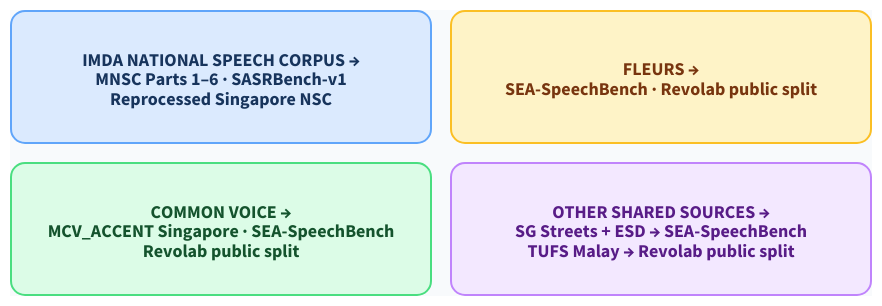
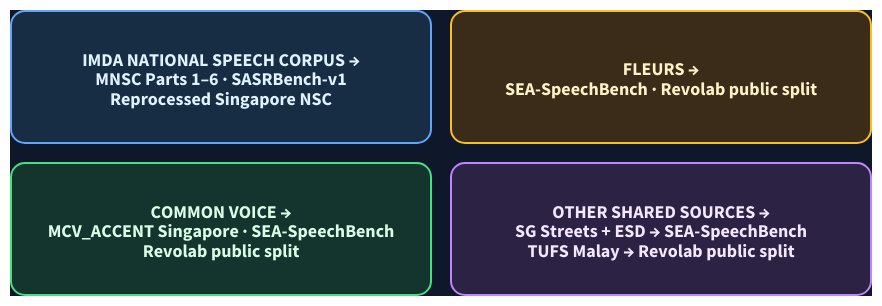
One commit to darren236/singapore-asr-datasets changed the diagram in diagrams/source-reuse.d2. Above: the diagram before and after it, drawn with D2. The commit also changed 3 other files, not shown here.

Commit message:
Improve diagram contrast for GitHub themes

```diff
--- a/diagrams/source-reuse.d2
+++ b/diagrams/source-reuse.d2
@@ -1,23 +1,23 @@
 grid-columns: 2
 grid-gap: 20
-style.fill: "#f8fafc"
+style.fill: "#0f172a"
 
 nsc: "IMDA NATIONAL SPEECH CORPUS  →\nMNSC Parts 1–6 · SASRBench-v1\nReprocessed Singapore NSC"
 nsc.width: 420
 nsc.height: 132
-nsc.style: {fill: "#dbeafe"; stroke: "#60a5fa"; border-radius: 14; font-color: "#17345c"; font-size: 18}
+nsc.style: {fill: "#162d44"; stroke: "#60a5fa"; border-radius: 14; font-color: "#e0f2fe"; font-size: 18}
 
 cv: "COMMON VOICE  →\nMCV_ACCENT Singapore · SEA-SpeechBench\nRevolab public split"
 cv.width: 420
 cv.height: 132
-cv.style: {fill: "#dcfce7"; stroke: "#4ade80"; border-radius: 14; font-color: "#14532d"; font-size: 18}
+cv.style: {fill: "#14352d"; stroke: "#4ade80"; border-radius: 14; font-color: "#dcfce7"; font-size: 18}
 
 fleurs: "FLEURS  →\nSEA-SpeechBench · Revolab public split"
 fleurs.width: 420
 fleurs.height: 132
-fleurs.style: {fill: "#fef3c7"; stroke: "#fbbf24"; border-radius: 14; font-color: "#78350f"; font-size: 18}
+fleurs.style: {fill: "#3b2c19"; stroke: "#fbbf24"; border-radius: 14; font-color: "#fef3c7"; font-size: 18}
 
 others: "OTHER SHARED SOURCES  →\nSG Streets + ESD → SEA-SpeechBench\nTUFS Malay → Revolab public split"
 others.width: 420
 others.height: 132
-others.style: {fill: "#f3e8ff"; stroke: "#c084fc"; border-radius: 14; font-color: "#581c87"; font-size: 18}
+others.style: {fill: "#2c2243"; stroke: "#c084fc"; border-radius: 14; font-color: "#f3e8ff"; font-size: 18}
```
